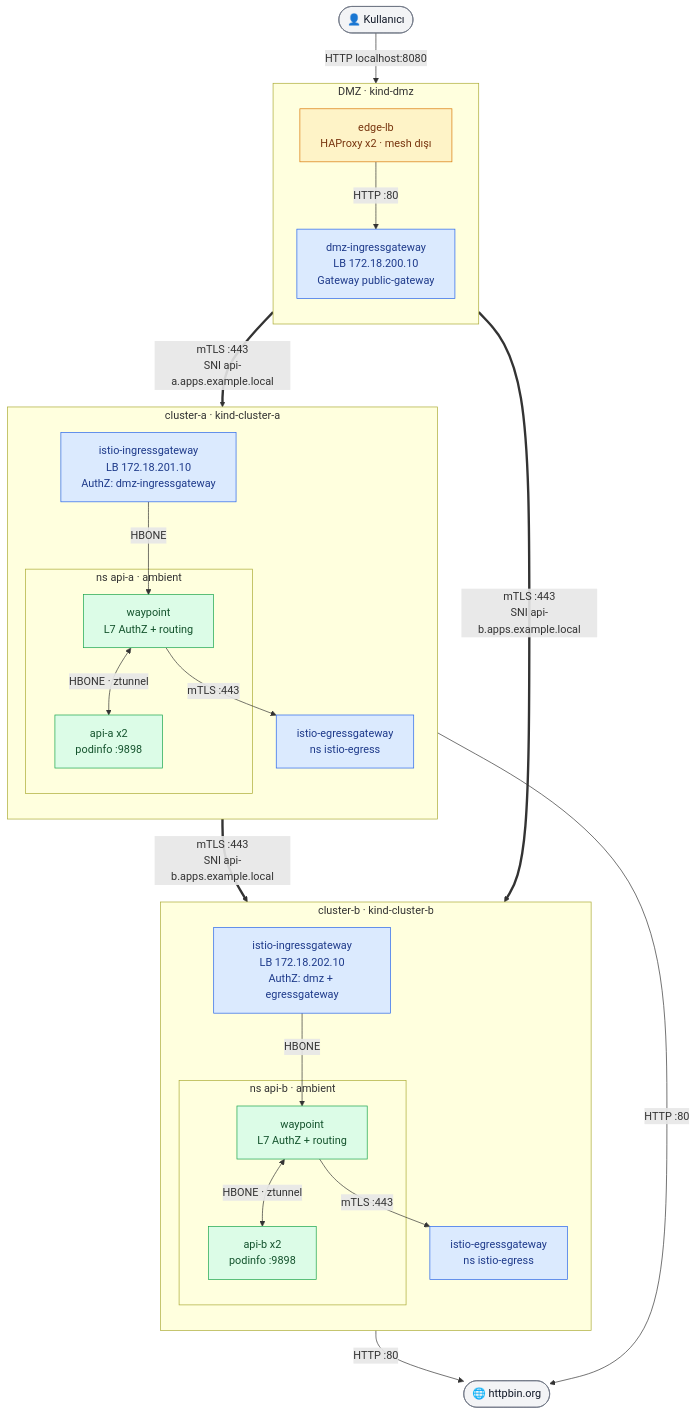
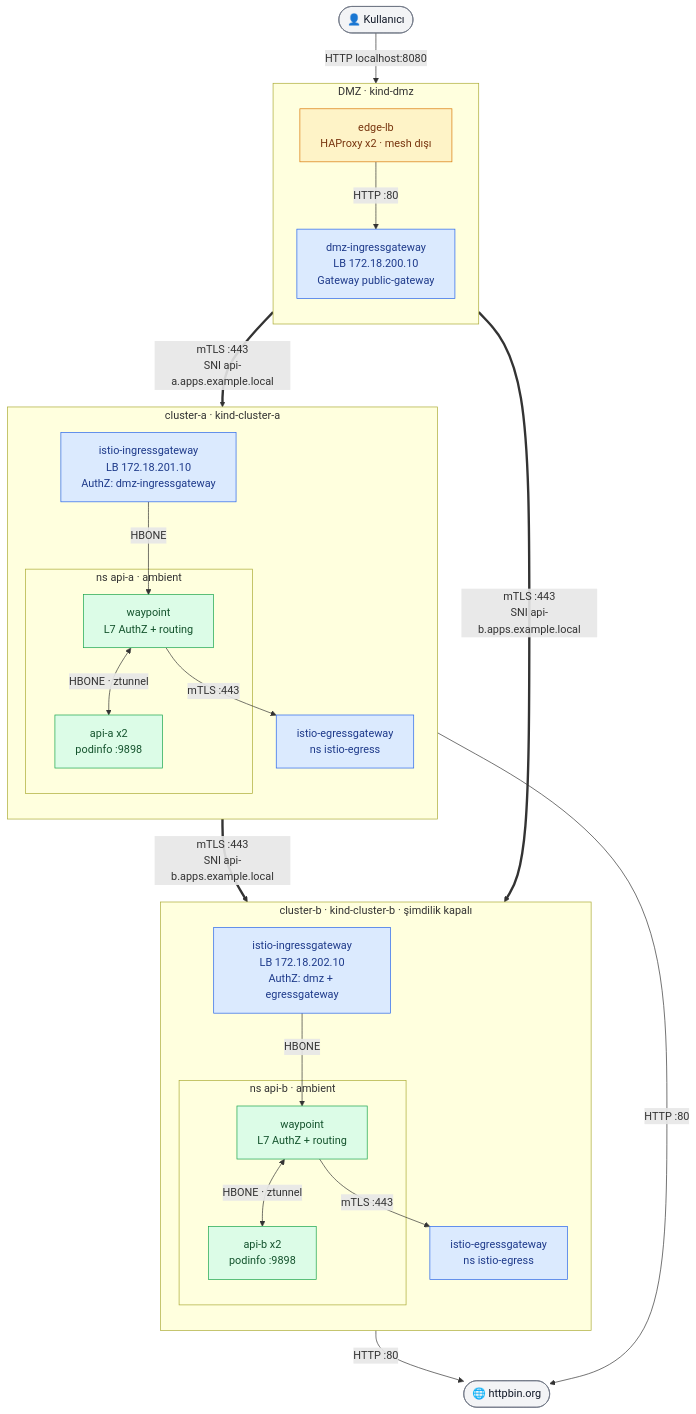
The third of 10 diagrams in README.md (olgunyldz/service-mesh-lab), drawn with Mermaid before and after one commit. The commit also changed other lines of this file and 23 other files, not shown here.

First line of the commit message:
Kaynak kısıtı: tek node'lu cluster'lar, cluster-b şimdilik kapalı

````diff
--- a/README.md
+++ b/README.md
@@ -98,54 +102,54 @@
 ```mermaid
 flowchart TB
     user(["👤 Kullanıcı"])
     internet(["🌐 httpbin.org"])
 
     subgraph DMZ["DMZ · kind-dmz"]
         direction TB
         haproxy["edge-lb<br/>HAProxy x2 · mesh dışı"]
         dmzgw["dmz-ingressgateway<br/>LB 172.18.200.10<br/>Gateway public-gateway"]
         haproxy -->|"HTTP :80"| dmzgw
     end
 
     subgraph A["cluster-a · kind-cluster-a"]
         direction TB
         agw["istio-ingressgateway<br/>LB 172.18.201.10<br/>AuthZ: dmz-ingressgateway"]
         subgraph nsa["ns api-a · ambient"]
             awp["waypoint<br/>L7 AuthZ + routing"]
             aapi["api-a x2<br/>podinfo :9898"]
         end
         aeg["istio-egressgateway<br/>ns istio-egress"]
         agw -->|"HBONE"| awp
         awp <-->|"HBONE · ztunnel"| aapi
         awp -->|"mTLS :443"| aeg
     end
 
-    subgraph B["cluster-b · kind-cluster-b"]
+    subgraph B["cluster-b · kind-cluster-b · şimdilik kapalı"]
         direction TB
         bgw["istio-ingressgateway<br/>LB 172.18.202.10<br/>AuthZ: dmz + egressgateway"]
         subgraph nsb["ns api-b · ambient"]
             bwp["waypoint<br/>L7 AuthZ + routing"]
             bapi["api-b x2<br/>podinfo :9898"]
         end
         beg["istio-egressgateway<br/>ns istio-egress"]
         bgw -->|"HBONE"| bwp
         bwp <-->|"HBONE · ztunnel"| bapi
         bwp -->|"mTLS :443"| beg
     end
 
     user -->|"HTTP localhost:8080"| haproxy
     dmzgw ==>|"mTLS :443<br/>SNI api-a.apps.example.local"| agw
     dmzgw ==>|"mTLS :443<br/>SNI api-b.apps.example.local"| bgw
     aeg ==>|"mTLS :443<br/>SNI api-b.apps.example.local"| bgw
     aeg -->|"HTTP :80"| internet
     beg -->|"HTTP :80"| internet
 
     classDef gw fill:#dbeafe,stroke:#2563eb,color:#1e3a8a
     classDef app fill:#dcfce7,stroke:#16a34a,color:#14532d
     classDef edge fill:#fef3c7,stroke:#d97706,color:#78350f
     classDef ext fill:#f3f4f6,stroke:#6b7280,color:#111827
     class dmzgw,agw,bgw,aeg,beg gw
     class awp,bwp,aapi,bapi app
     class haproxy edge
     class user,internet ext
 ```
````
